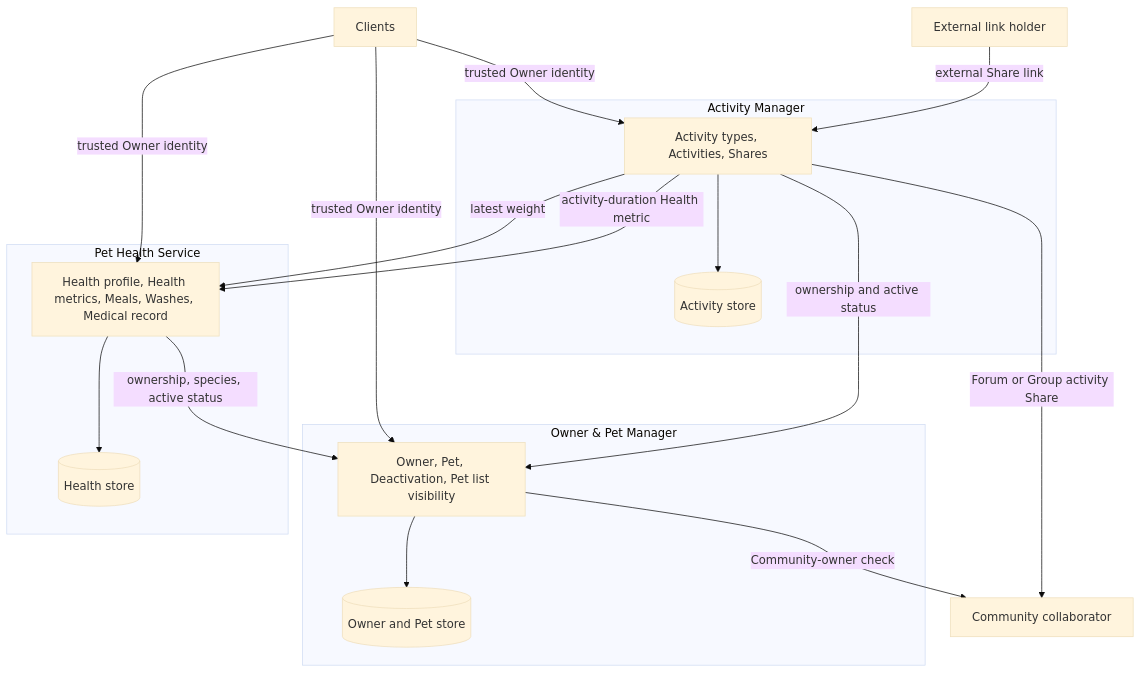
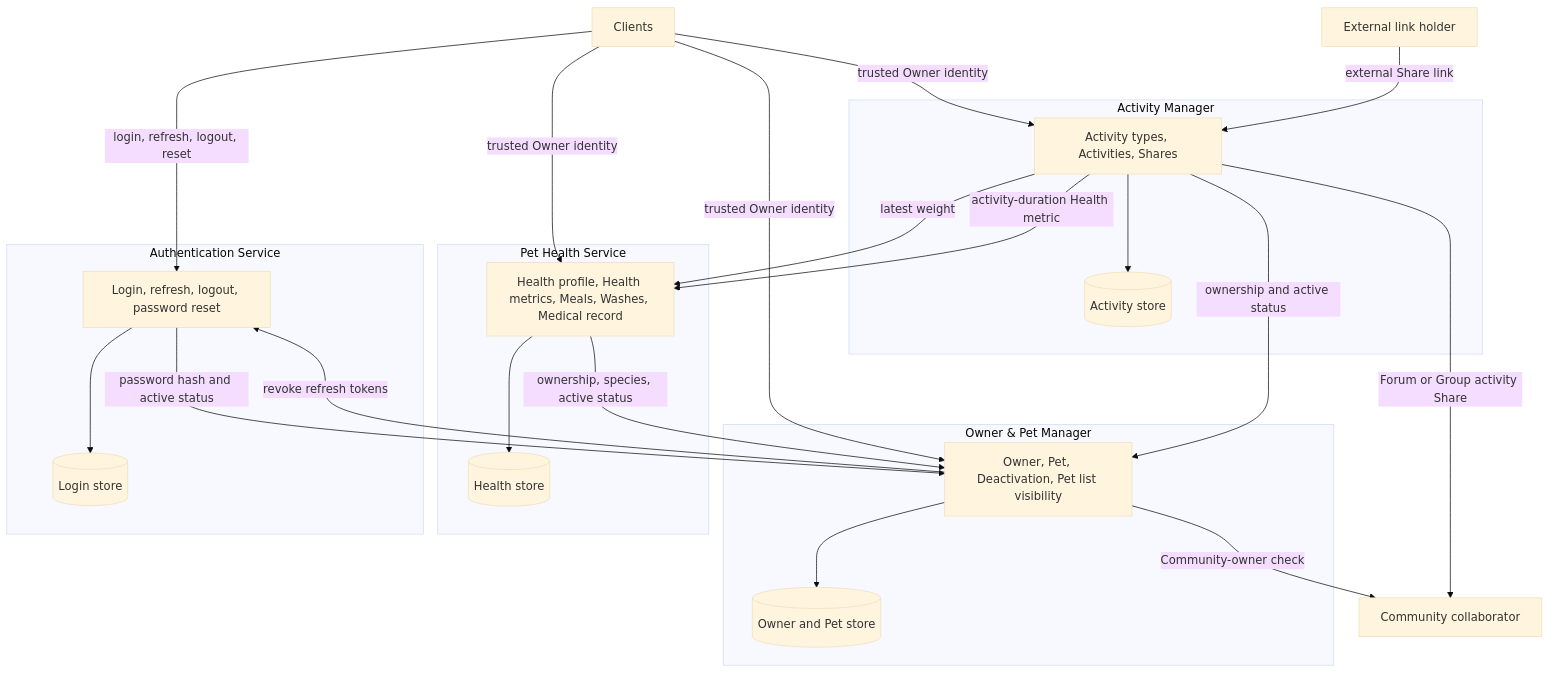
One commit to santidrj/my-pet-care-v2 changed the diagram in docs/architecture/backend.mmd. Above: the diagram before and after it, drawn with Mermaid (base theme). The commit also changed 14 other files, not shown here.

First line of the commit message:
Record the Authentication Service and the decisions it reopens.

```diff
--- a/docs/architecture/backend.mmd
+++ b/docs/architecture/backend.mmd
@@ -1,35 +1,44 @@
 flowchart TB
   clients["Clients"]
   linkHolder["External link holder"]
 
   subgraph opm ["Owner & Pet Manager"]
     opmSvc["Owner, Pet, Deactivation, Pet list visibility"]
     opmDb[("Owner and Pet store")]
     opmSvc --> opmDb
   end
 
   subgraph phs ["Pet Health Service"]
     phsSvc["Health profile, Health metrics, Meals, Washes, Medical record"]
     phsDb[("Health store")]
     phsSvc --> phsDb
   end
 
   subgraph am ["Activity Manager"]
     amSvc["Activity types, Activities, Shares"]
     amDb[("Activity store")]
     amSvc --> amDb
   end
 
+  subgraph auth ["Authentication Service"]
+    authSvc["Login, refresh, logout, password reset"]
+    authDb[("Login store")]
+    authSvc --> authDb
+  end
+
   community["Community collaborator"]
 
+  clients -->|"login, refresh, logout, reset"| authSvc
   clients -->|"trusted Owner identity"| opmSvc
   clients -->|"trusted Owner identity"| phsSvc
   clients -->|"trusted Owner identity"| amSvc
   linkHolder -->|"external Share link"| amSvc
 
   phsSvc -->|"ownership, species, active status"| opmSvc
   amSvc -->|"ownership and active status"| opmSvc
+  authSvc -->|"password hash and active status"| opmSvc
+  opmSvc -->|"revoke refresh tokens"| authSvc
   amSvc -->|"latest weight"| phsSvc
   amSvc -->|"activity-duration Health metric"| phsSvc
   opmSvc -->|"Community-owner check"| community
   amSvc -->|"Forum or Group activity Share"| community
```
